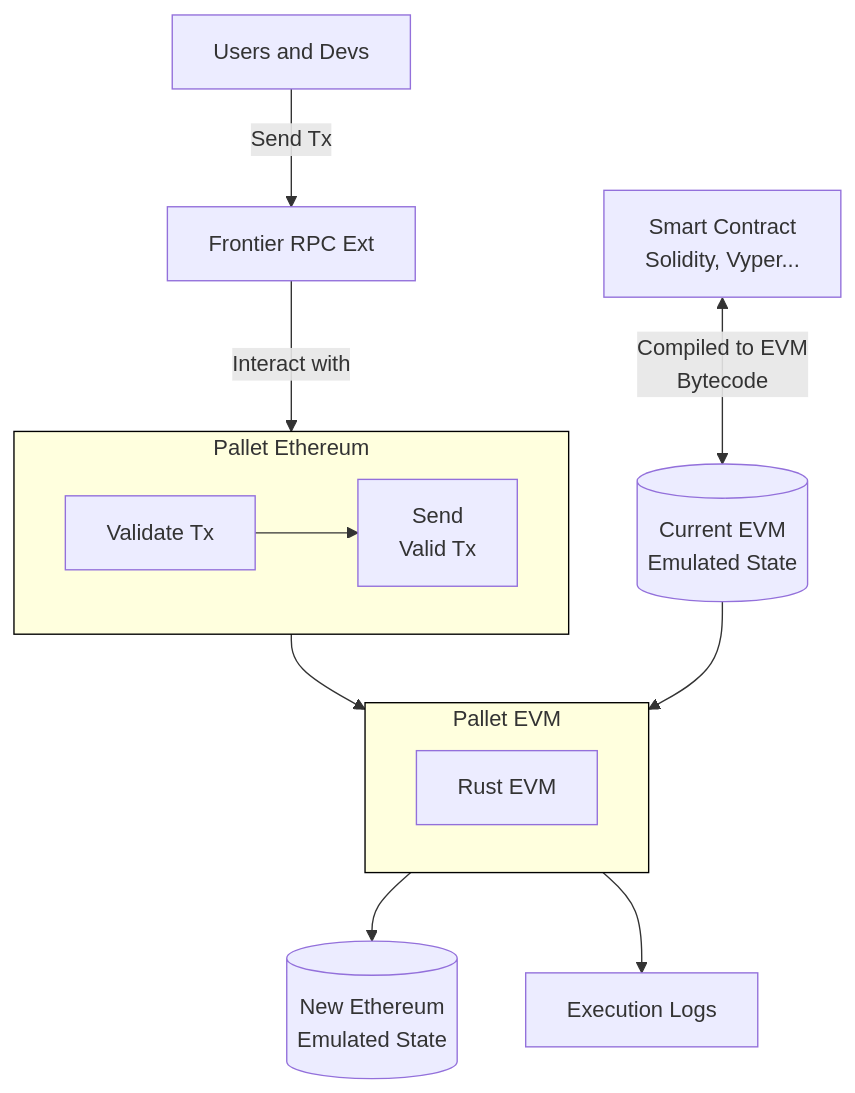
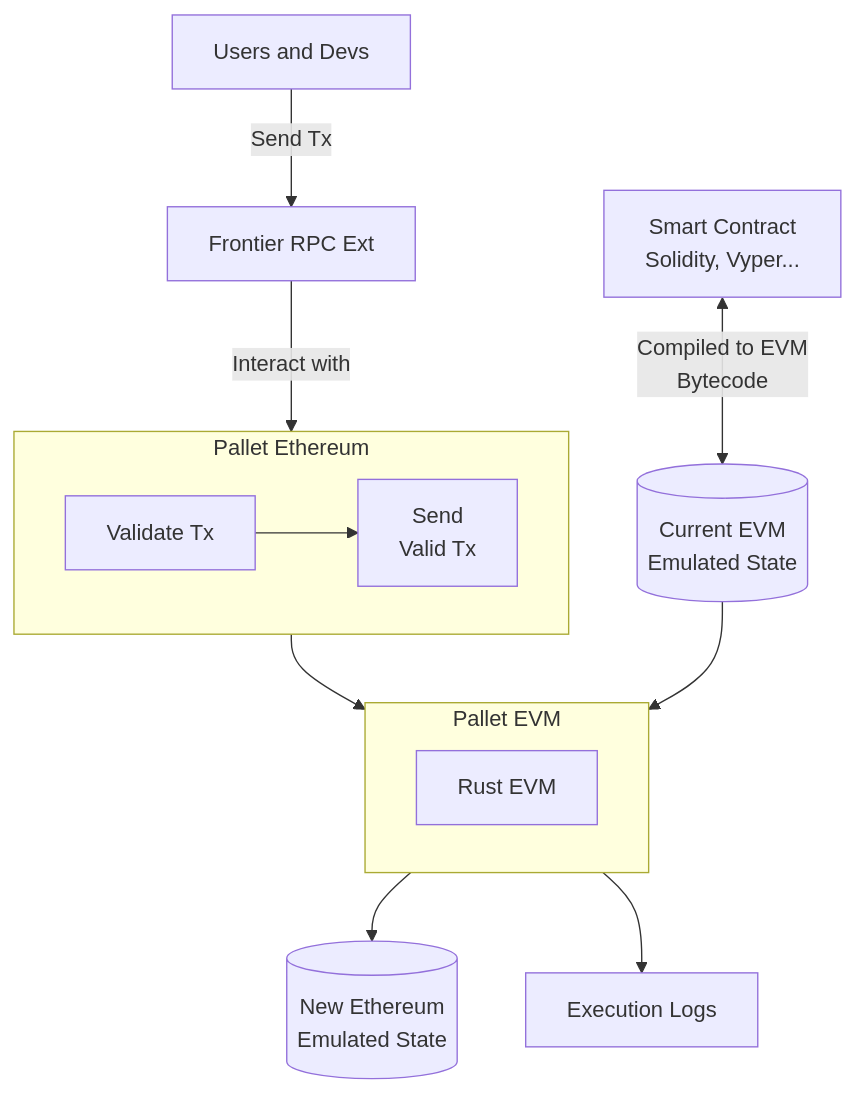
The third of 4 diagrams in polkadot-protocol/smart-contract-basics/overview.md (polkadot-developers/polkadot-docs), drawn with Mermaid before and after one commit. The commit also changed other lines of this file, not shown here.

Commit message:
remove hardcoded mermaid styles

````diff
--- a/polkadot-protocol/smart-contract-basics/overview.md
+++ b/polkadot-protocol/smart-contract-basics/overview.md
@@ -90,24 +89,21 @@
 ``` mermaid
 flowchart TD
     A[Users and Devs] -->|Send Tx| B[Frontier RPC Ext]
     subgraph C[Pallet Ethereum]
         D[Validate Tx]
         E[Send<br/>Valid Tx]    
     end
     B -->|Interact with| C
     D --> E
     subgraph F[Pallet EVM]
         G[Rust EVM]
     end
     I[(Current EVM<br/>Emulated State)]
 
     H[Smart Contract<br/>Solidity, Vyper...] <-->|Compiled to EVM<br/>Bytecode| I
 
     C --> F
     I --> F
     F --> J[(New Ethereum<br/>Emulated State)]
     F --> K[Execution Logs]
-
-    style C stroke:#000000,stroke-width:1px
-    style F stroke:#000000,stroke-width:1px
 ```
````
